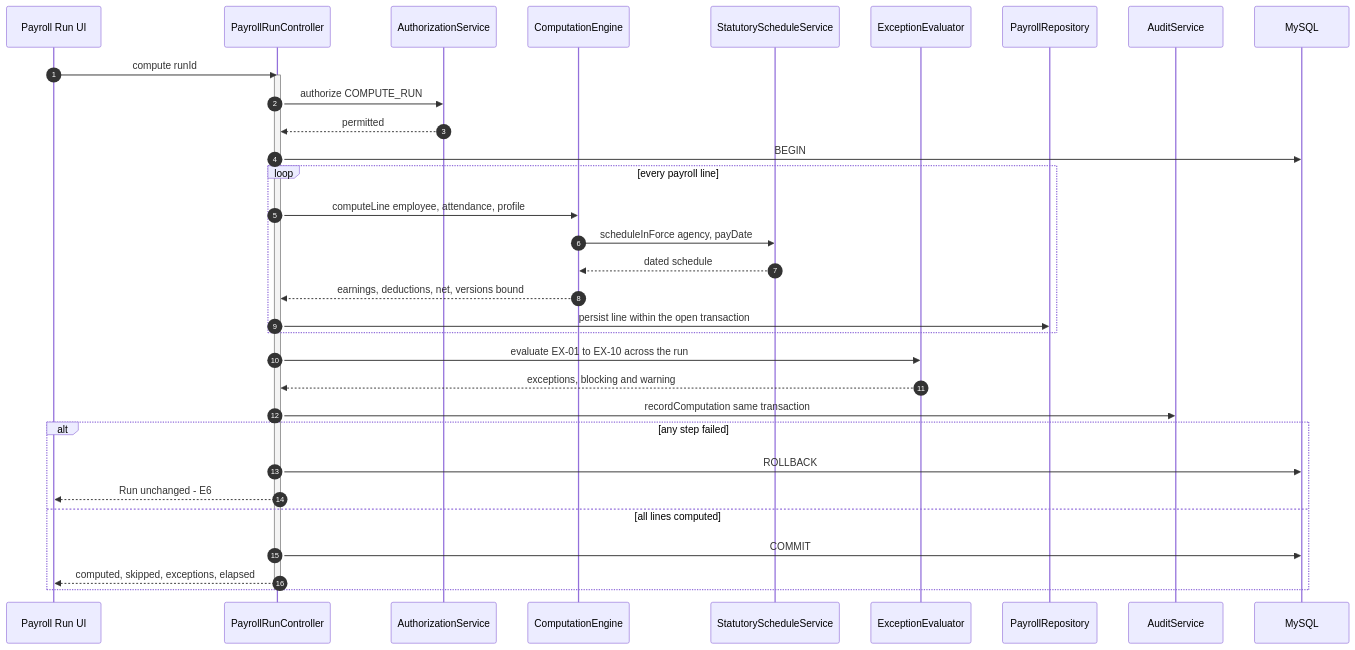
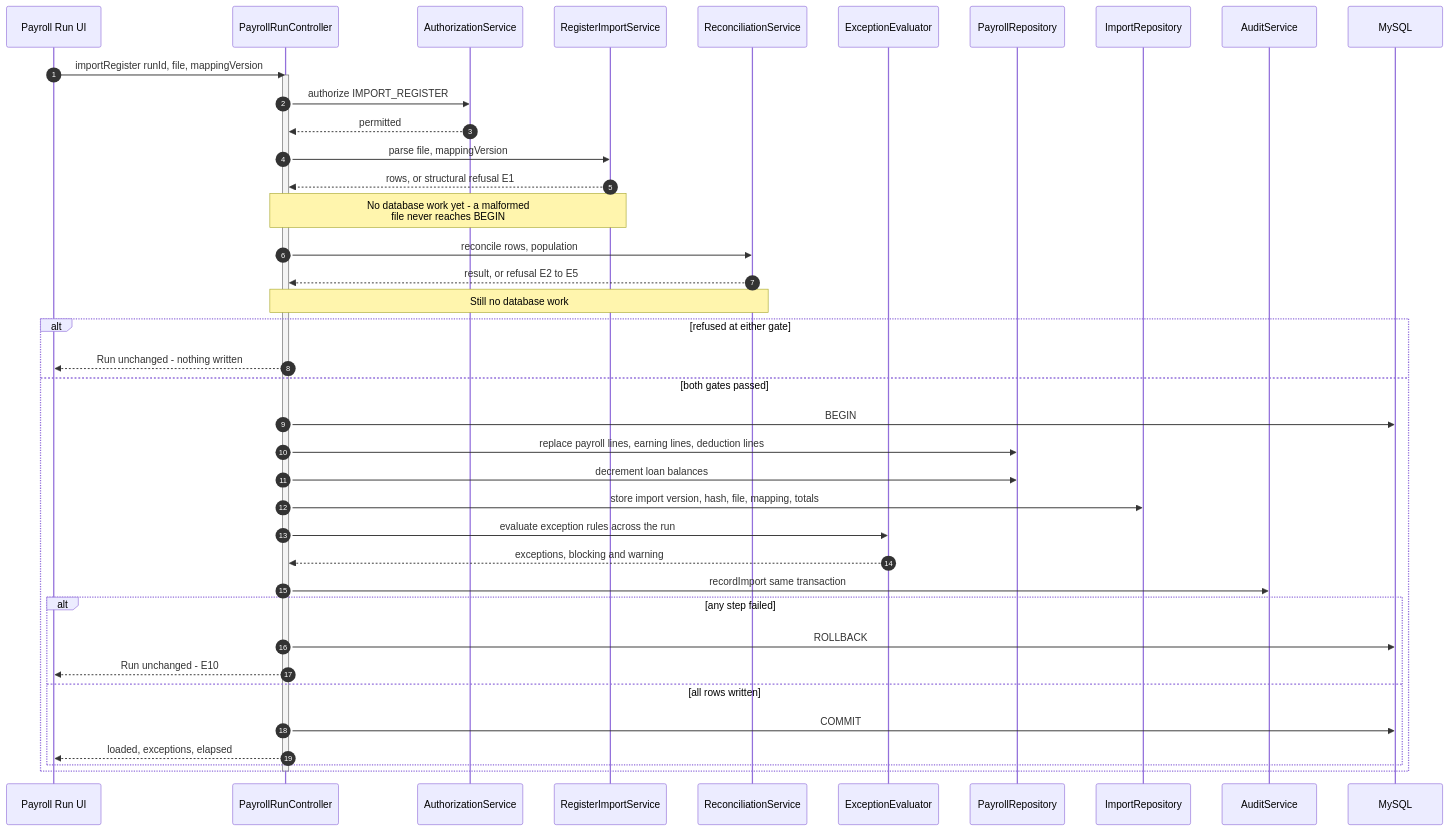
The fourth of 6 diagrams in docs/system-architecture.md (rjfat/municipal-payroll-system), drawn with Mermaid before and after one commit. The commit also changed other lines of this file and 9 other files, not shown here.

````diff
--- a/docs/system-architecture.md
+++ b/docs/system-architecture.md
@@ -442,37 +474,47 @@
 ```mermaid
 sequenceDiagram
     autonumber
     participant UI as Payroll Run UI
     participant C as PayrollRunController
     participant AUTH as AuthorizationService
-    participant ENG as ComputationEngine
-    participant SS as StatutoryScheduleService
+    participant IMP as RegisterImportService
+    participant REC as ReconciliationService
     participant EX as ExceptionEvaluator
     participant REPO as PayrollRepository
+    participant IREPO as ImportRepository
     participant AUD as AuditService
     participant DB as MySQL
 
-    UI->>C: compute runId
+    UI->>C: importRegister runId, file, mappingVersion
     activate C
-    C->>AUTH: authorize COMPUTE_RUN
+    C->>AUTH: authorize IMPORT_REGISTER
     AUTH-->>C: permitted
-    C->>DB: BEGIN
-    loop every payroll line
-        C->>ENG: computeLine employee, attendance, profile
-        ENG->>SS: scheduleInForce agency, payDate
-        SS-->>ENG: dated schedule
-        ENG-->>C: earnings, deductions, net, versions bound
-        C->>REPO: persist line within the open transaction
-    end
-    C->>EX: evaluate EX-01 to EX-10 across the run
-    EX-->>C: exceptions, blocking and warning
-    C->>AUD: recordComputation same transaction
-    alt any step failed
-        C->>DB: ROLLBACK
-        C-->>UI: Run unchanged - E6
-    else all lines computed
-        C->>DB: COMMIT
-        C-->>UI: computed, skipped, exceptions, elapsed
+
+    C->>IMP: parse file, mappingVersion
+    IMP-->>C: rows, or structural refusal E1
+    Note over C,IMP: No database work yet - a malformed<br/>file never reaches BEGIN
+
+    C->>REC: reconcile rows, population
+    REC-->>C: result, or refusal E2 to E5
+    Note over C,REC: Still no database work
+
+    alt refused at either gate
+        C-->>UI: Run unchanged - nothing written
+    else both gates passed
+        C->>DB: BEGIN
+        C->>REPO: replace payroll lines, earning lines, deduction lines
+        C->>REPO: decrement loan balances
+        C->>IREPO: store import version, hash, file, mapping, totals
+        C->>EX: evaluate exception rules across the run
+        EX-->>C: exceptions, blocking and warning
+        C->>AUD: recordImport same transaction
+        alt any step failed
+            C->>DB: ROLLBACK
+            C-->>UI: Run unchanged - E10
+        else all rows written
+            C->>DB: COMMIT
+            C-->>UI: loaded, exceptions, elapsed
+        end
     end
     deactivate C
 ```
````
